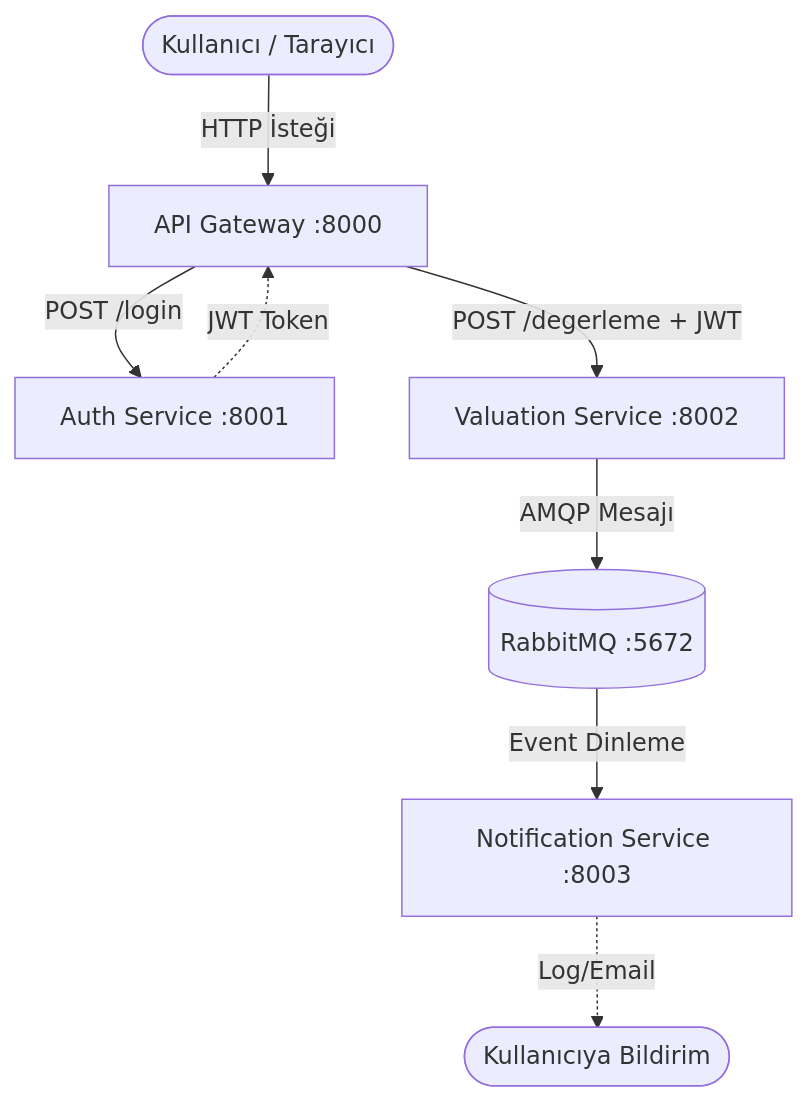
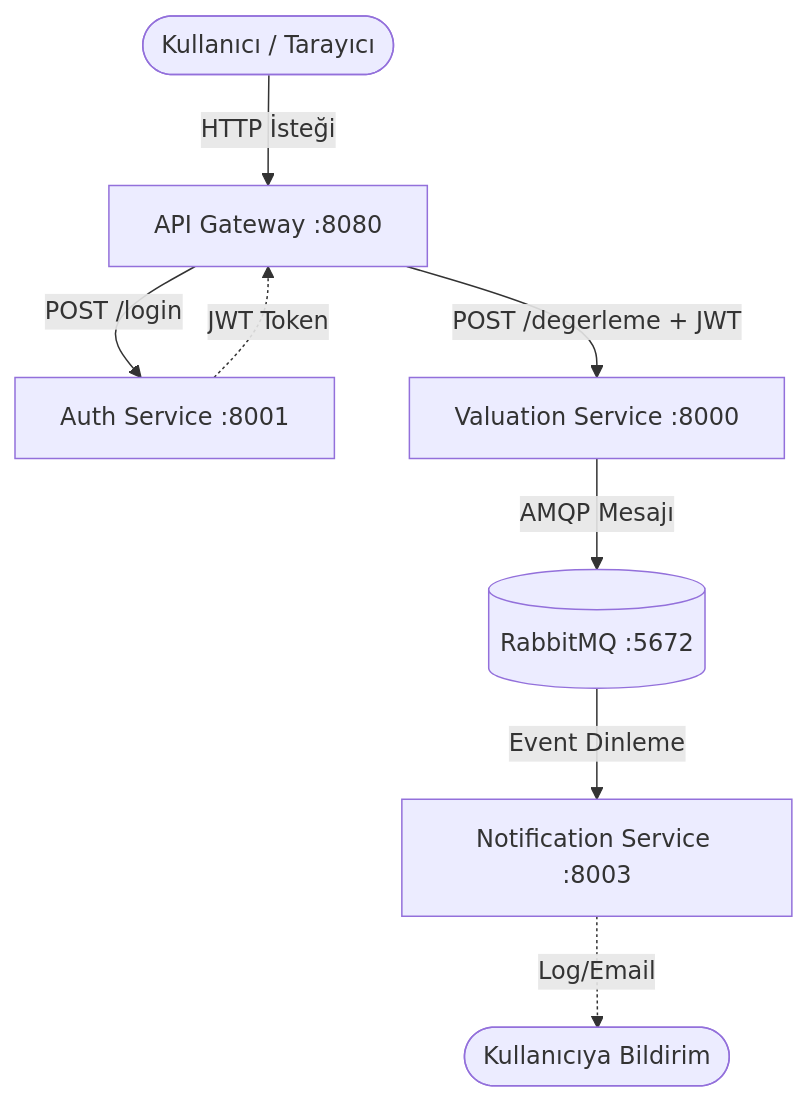
Before and after one commit to kayracolak/car-valuation-microservice: the diagram in README.md, drawn with Mermaid. The commit also changed 8 other files, not shown here.

````diff
--- a/README.md
+++ b/README.md
@@ -96,14 +96,14 @@
 ```mermaid
 graph TD
-    Client([Kullanıcı / Tarayıcı]) -->|HTTP İsteği| Gateway[API Gateway :8000]
+    Client([Kullanıcı / Tarayıcı]) -->|HTTP İsteği| Gateway[API Gateway :8080]
 
     Gateway -->|POST /login| Auth[Auth Service :8001]
     Auth -.->|JWT Token| Gateway
 
-    Gateway -->|POST /degerleme + JWT| Valuation[Valuation Service :8002]
+    Gateway -->|POST /degerleme + JWT| Valuation[Valuation Service :8000]
 
     Valuation -->|AMQP Mesajı| RabbitMQ[(RabbitMQ :5672)]
 
     RabbitMQ -->|Event Dinleme| Notification[Notification Service :8003]
     Notification -.->|Log/Email| UserLog([Kullanıcıya Bildirim])
 ```
````
